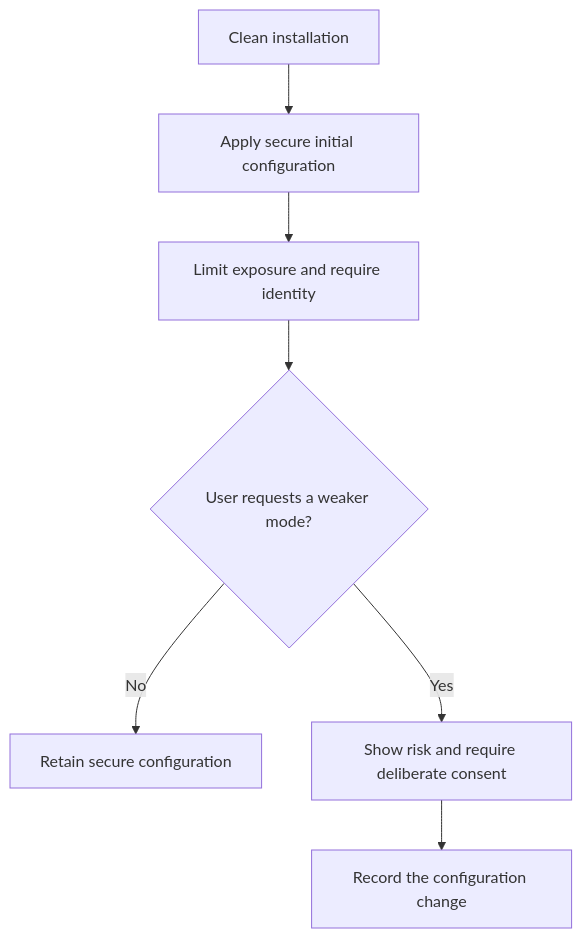
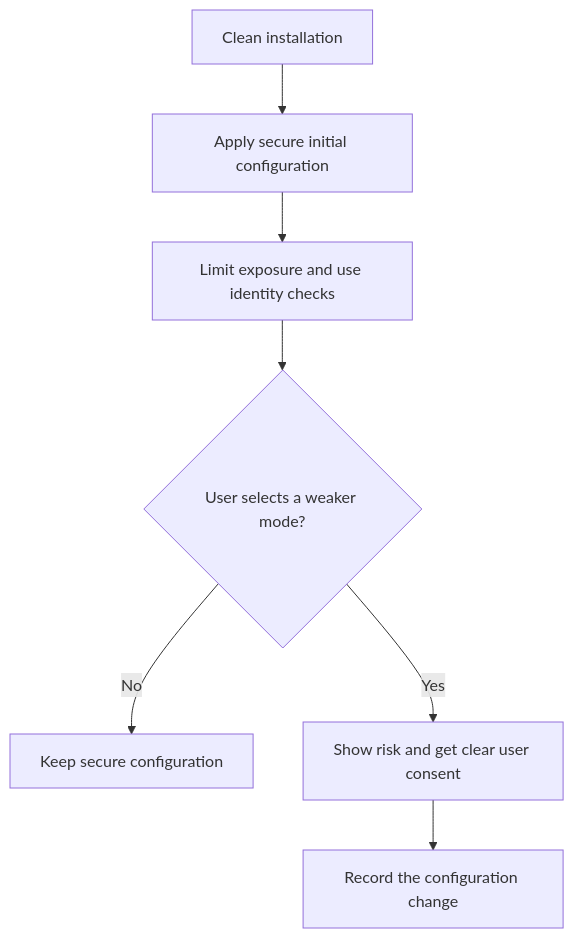
The diagram in docs/principles/details/p049-secure-by-default.md (HomericIntelligence/Athena), drawn with Mermaid before and after one commit. The commit also changed other lines of this file and 91 other files, not shown here.

````diff
--- a/docs/principles/details/p049-secure-by-default.md
+++ b/docs/principles/details/p049-secure-by-default.md
@@ -35,9 +37,9 @@
 ```mermaid
 flowchart TD
     A["Clean installation"] --> B["Apply secure initial configuration"]
-    B --> C["Limit exposure and require identity"]
-    C --> D{"User requests a weaker mode?"}
-    D -- "No" --> E["Retain secure configuration"]
-    D -- "Yes" --> F["Show risk and require deliberate consent"]
+    B --> C["Limit exposure and use identity checks"]
+    C --> D{"User selects a weaker mode?"}
+    D -- "No" --> E["Keep secure configuration"]
+    D -- "Yes" --> F["Show risk and get clear user consent"]
     F --> G["Record the configuration change"]
 ```
````
